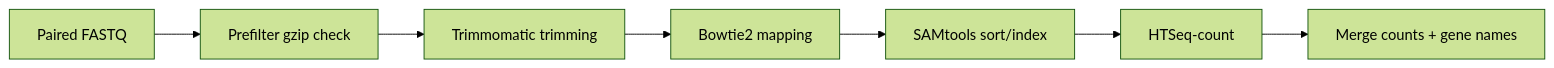
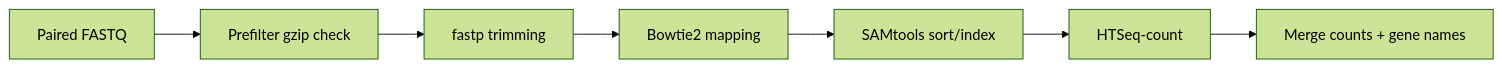
The diagram in RNake/README.md (bbagy/CAULab), drawn with Mermaid (forest theme) before and after one commit. The commit also changed other lines of this file and 4 other files, not shown here.

Commit message:
Replace RNake trimming with fastp and align environment documentation

````diff
--- a/RNake/README.md
+++ b/RNake/README.md
@@ -17,9 +17,9 @@
 ```mermaid
 flowchart LR
   A[Paired FASTQ] --> B[Prefilter gzip check]
-  B --> C[Trimmomatic trimming]
+  B --> C[fastp trimming]
   C --> D[Bowtie2 mapping]
   D --> E[SAMtools sort/index]
   E --> F[HTSeq-count]
   F --> G[Merge counts + gene names]
 ```
````
